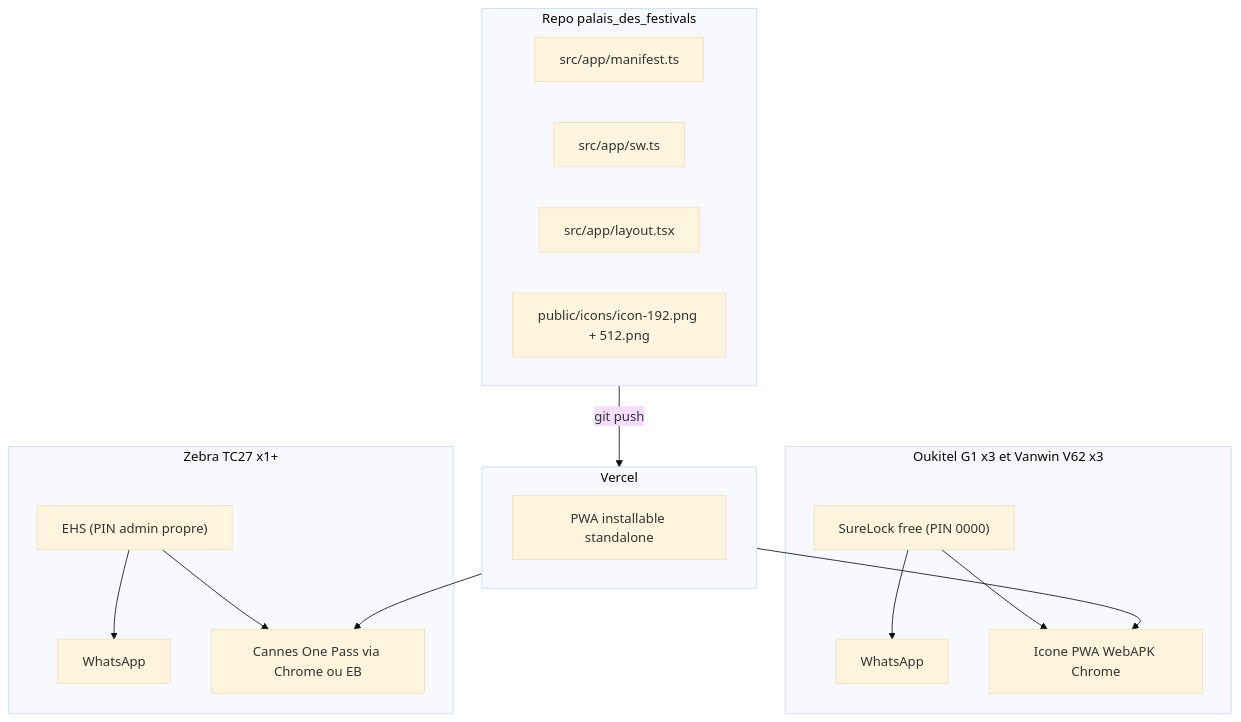
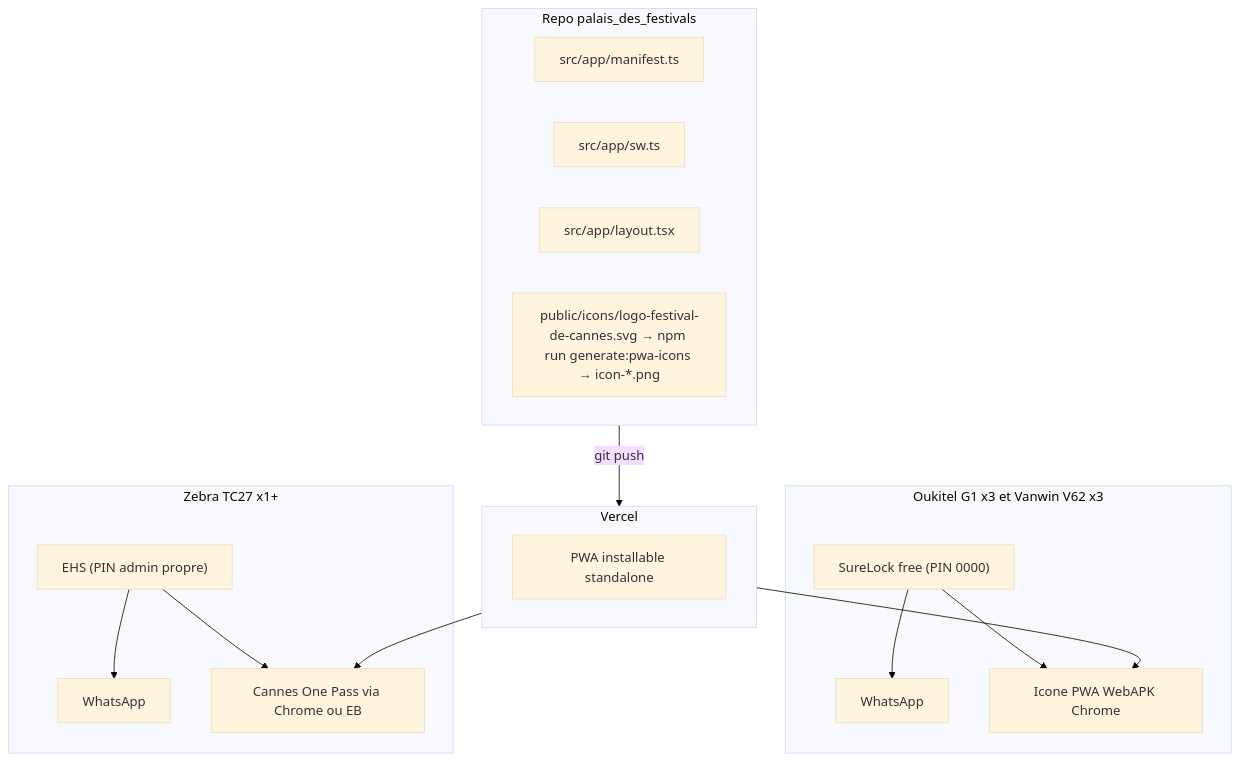
One commit to Techtrust201/cannes-one-pass changed the diagram in docs/kiosk/README.md. Above: the diagram before and after it, drawn with Mermaid (base theme). The commit also changed 23 other files, not shown here.

````diff
--- a/docs/kiosk/README.md
+++ b/docs/kiosk/README.md
@@ -18,33 +18,33 @@
 ```mermaid
 flowchart TB
     subgraph repo [Repo palais_des_festivals]
         manifest["src/app/manifest.ts"]
         sw["src/app/sw.ts"]
         layout["src/app/layout.tsx"]
-        icons["public/icons/icon-192.png + 512.png"]
+        icons["public/icons/logo-festival-de-cannes.svg → npm run generate:pwa-icons → icon-*.png"]
     end
 
     subgraph vercel [Vercel]
         pwa["PWA installable standalone"]
     end
 
     subgraph parcLite [Oukitel G1 x3 et Vanwin V62 x3]
         surelock["SureLock free (PIN 0000)"]
         wa1["WhatsApp"]
         pwa1["Icone PWA WebAPK Chrome"]
         surelock --> wa1
         surelock --> pwa1
     end
 
     subgraph parcPro [Zebra TC27 x1+]
         ehs["EHS (PIN admin propre)"]
         wa2["WhatsApp"]
         pwa2["Cannes One Pass via Chrome ou EB"]
         ehs --> wa2
         ehs --> pwa2
     end
 
     repo -->|git push| vercel
     vercel --> pwa1
     vercel --> pwa2
 ```
````
